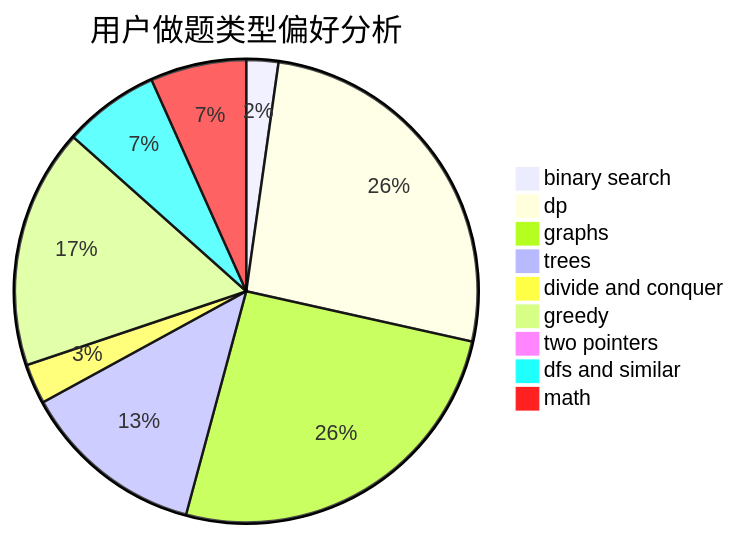
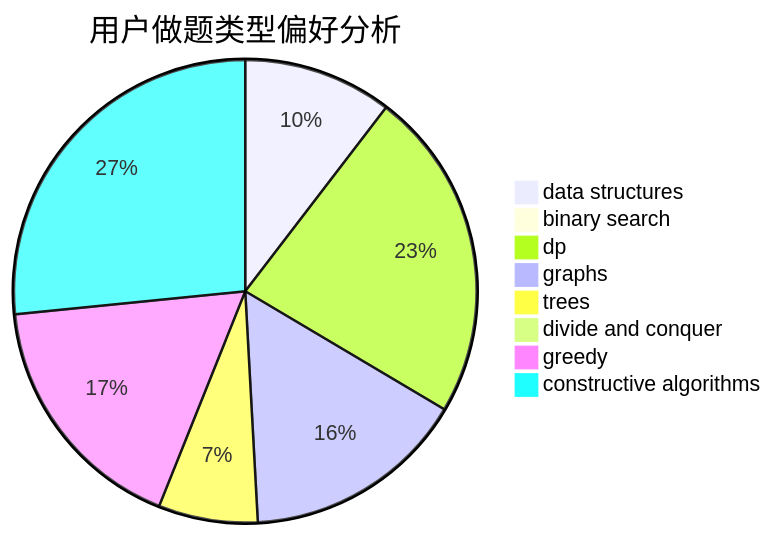
The second of 3 diagrams in docs/user/u457.md (sherpahu/cfrs.github.io), drawn with Mermaid before and after one commit. The commit also changed other lines of this file and 2775 other files, not shown here.

````diff
--- a/docs/user/u457.md
+++ b/docs/user/u457.md
@@ -23,12 +23,11 @@
 ```mermaid
 pie title 用户做题类型偏好分析
-    "binary search" :  4
-    "dp" :  47
-    "graphs" :  46
-    "trees" :  23
-    "divide and conquer" :  5
+    "data structures" :  18
+    "binary search" :  0
+    "dp" :  40
+    "graphs" :  27
+    "trees" :  12
+    "divide and conquer" :  0
     "greedy" :  30
-    "two pointers" :  0
-    "dfs and similar" :  12
-    "math" :  12
+    "constructive algorithms" :  46
 ```
````
